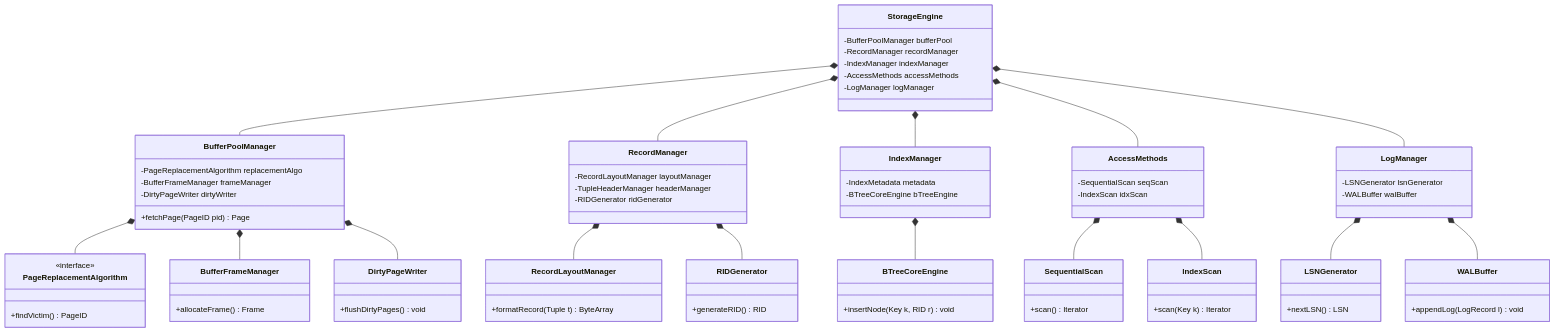
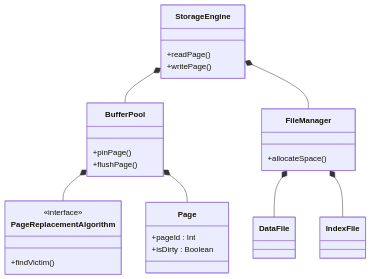
The fourth of 16 diagrams in README.md (TamBui1706/DBMS), drawn with Mermaid before and after one commit. The commit also changed other lines of this file and 112 other files, not shown here.

Commit message:
Add doc tests and flow charts

````diff
--- a/README.md
+++ b/README.md
@@ -536,80 +484,31 @@
 ```mermaid
 classDiagram
-class StorageEngine {
-        -BufferPoolManager bufferPool
-        -RecordManager recordManager
-        -IndexManager indexManager
-        -AccessMethods accessMethods
-        -LogManager logManager
+    class StorageEngine {
+        +readPage()
+        +writePage()
     }
-    class BufferPoolManager {
-        -PageReplacementAlgorithm replacementAlgo
-        -BufferFrameManager frameManager
-        -DirtyPageWriter dirtyWriter
-        +fetchPage(PageID pid) Page
+    class BufferPool {
+        +pinPage()
+        +flushPage()
     }
     class PageReplacementAlgorithm {
         <<interface>>
-        +findVictim() PageID
+        +findVictim()
     }
-    class BufferFrameManager {
-        +allocateFrame() Frame
+    class Page {
+        +pageId : Int
+        +isDirty : Boolean
     }
-    class DirtyPageWriter {
-        +flushDirtyPages() void
+    class FileManager {
+        +allocateSpace()
     }
-    class RecordManager {
-        -RecordLayoutManager layoutManager
-        -TupleHeaderManager headerManager
-        -RIDGenerator ridGenerator
-    }
-    class RecordLayoutManager {
-        +formatRecord(Tuple t) ByteArray
-    }
-    class RIDGenerator {
-        +generateRID() RID
-    }
-    class IndexManager {
-        -IndexMetadata metadata
-        -BTreeCoreEngine bTreeEngine
-    }
-    class BTreeCoreEngine {
-        +insertNode(Key k, RID r) void
-    }
-    class AccessMethods {
-        -SequentialScan seqScan
-        -IndexScan idxScan
-    }
-    class SequentialScan {
-        +scan() Iterator
-    }
-    class IndexScan {
-        +scan(Key k) Iterator
-    }
-    class LogManager {
-        -LSNGenerator lsnGenerator
-        -WALBuffer walBuffer
-    }
-    class LSNGenerator {
-        +nextLSN() LSN
-    }
-    class WALBuffer {
-        +appendLog(LogRecord l) void
-    }
+    class DataFile
+    class IndexFile
 
-    StorageEngine *-- BufferPoolManager
-    StorageEngine *-- RecordManager
-    StorageEngine *-- IndexManager
-    StorageEngine *-- AccessMethods
-    StorageEngine *-- LogManager
-    BufferPoolManager *-- PageReplacementAlgorithm
-    BufferPoolManager *-- BufferFrameManager
-    BufferPoolManager *-- DirtyPageWriter
-    RecordManager *-- RecordLayoutManager
-    RecordManager *-- RIDGenerator
-    IndexManager *-- BTreeCoreEngine
-    AccessMethods *-- SequentialScan
-    AccessMethods *-- IndexScan
-    LogManager *-- LSNGenerator
-    LogManager *-- WALBuffer
+    StorageEngine *-- BufferPool
+    StorageEngine *-- FileManager
+    BufferPool *-- PageReplacementAlgorithm
+    BufferPool *-- Page
+    FileManager *-- DataFile
+    FileManager *-- IndexFile
 ```
````
